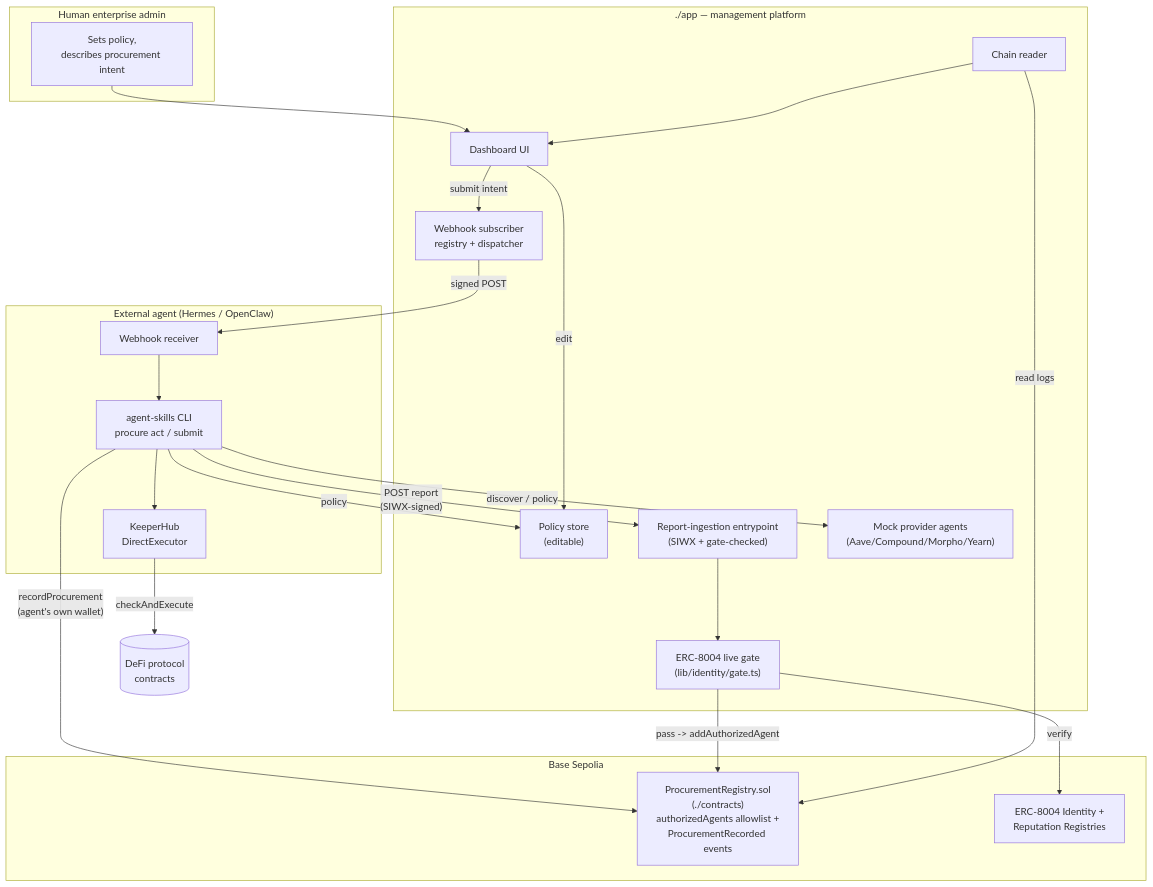
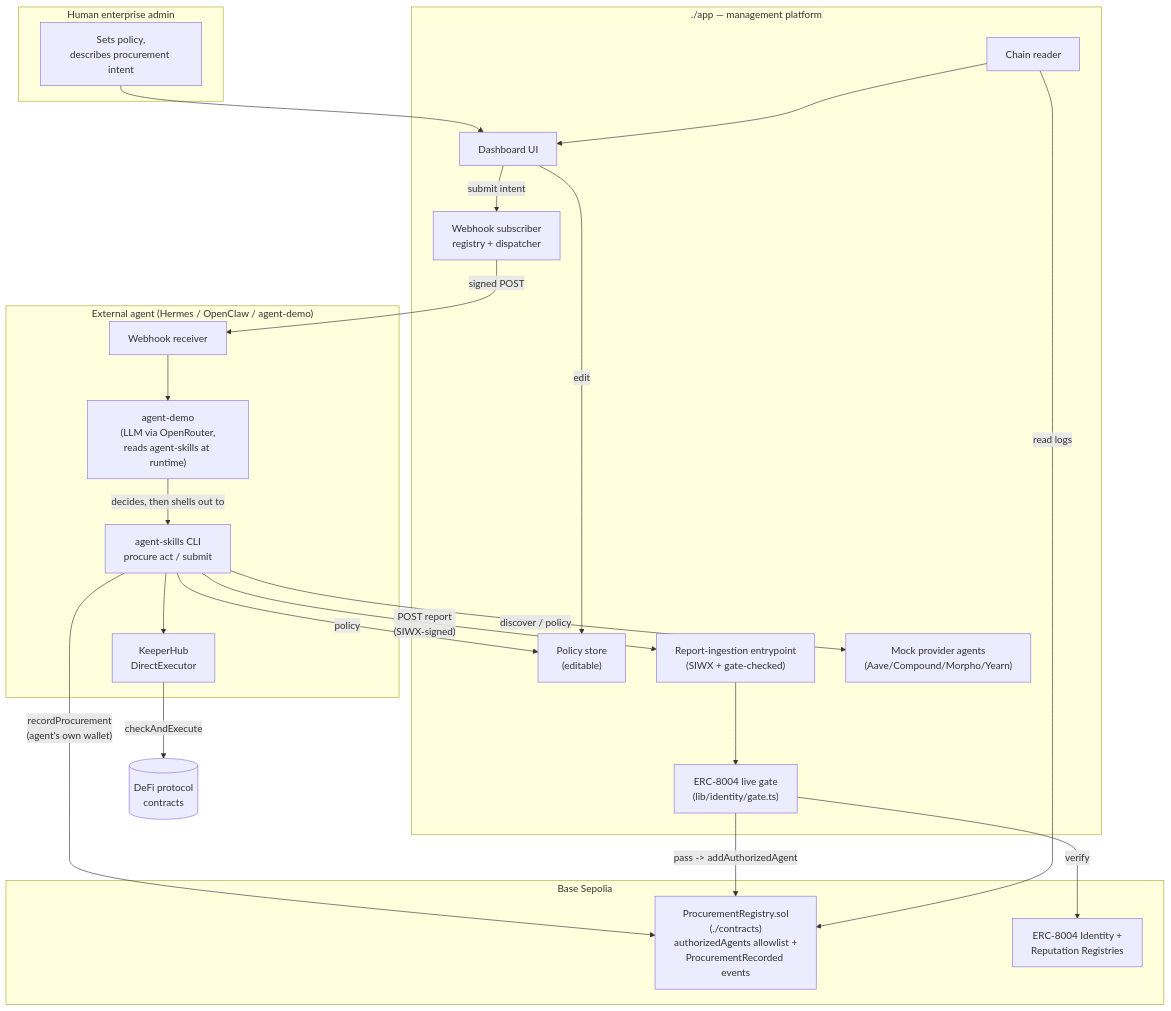
One commit to masaun/enterprise-procurement-agent-platform changed the first of 2 diagrams in README.md. Above: the diagram before and after it, drawn with Mermaid. The commit also changed other lines of this file, not shown here.

````diff
--- a/README.md
+++ b/README.md
@@ -38,44 +38,46 @@
 ```mermaid
 flowchart TB
     subgraph Human["Human enterprise admin"]
         Admin["Sets policy,\ndescribes procurement intent"]
     end
 
     subgraph App["./app — management platform"]
         UI["Dashboard UI"]
         PolicyStore["Policy store\n(editable)"]
         WebhookReg["Webhook subscriber\nregistry + dispatcher"]
         Gate["ERC-8004 live gate\n(lib/identity/gate.ts)"]
         ReportAPI["Report-ingestion entrypoint\n(SIWX + gate-checked)"]
         ChainReader["Chain reader"]
         Mocks["Mock provider agents\n(Aave/Compound/Morpho/Yearn)"]
     end
 
     subgraph Chain["Base Sepolia"]
         Registry["ProcurementRegistry.sol\n(./contracts)\nauthorizedAgents allowlist +\nProcurementRecorded events"]
         IdRegistry["ERC-8004 Identity +\nReputation Registries"]
     end
 
-    subgraph External["External agent (Hermes / OpenClaw)"]
+    subgraph External["External agent (Hermes / OpenClaw / agent-demo)"]
         WebhookRecv["Webhook receiver"]
+        Demo["agent-demo\n(LLM via OpenRouter,\nreads agent-skills at runtime)"]
         CLI["agent-skills CLI\nprocure act / submit"]
         KH["KeeperHub\nDirectExecutor"]
     end
 
     Admin --> UI
     UI -->|edit| PolicyStore
     UI -->|submit intent| WebhookReg
     WebhookReg -->|signed POST| WebhookRecv
-    WebhookRecv --> CLI
+    WebhookRecv --> Demo
+    Demo -->|"decides, then shells out to"| CLI
     CLI -->|discover / policy| Mocks
     CLI -->|policy| PolicyStore
     CLI --> KH
     KH -->|checkAndExecute| DeFi[("DeFi protocol\ncontracts")]
     CLI -->|"recordProcurement\n(agent's own wallet)"| Registry
     CLI -->|"POST report\n(SIWX-signed)"| ReportAPI
     ReportAPI --> Gate
     Gate -->|verify| IdRegistry
     Gate -->|"pass -> addAuthorizedAgent"| Registry
     ChainReader -->|read logs| Registry
     ChainReader --> UI
 ```
````
